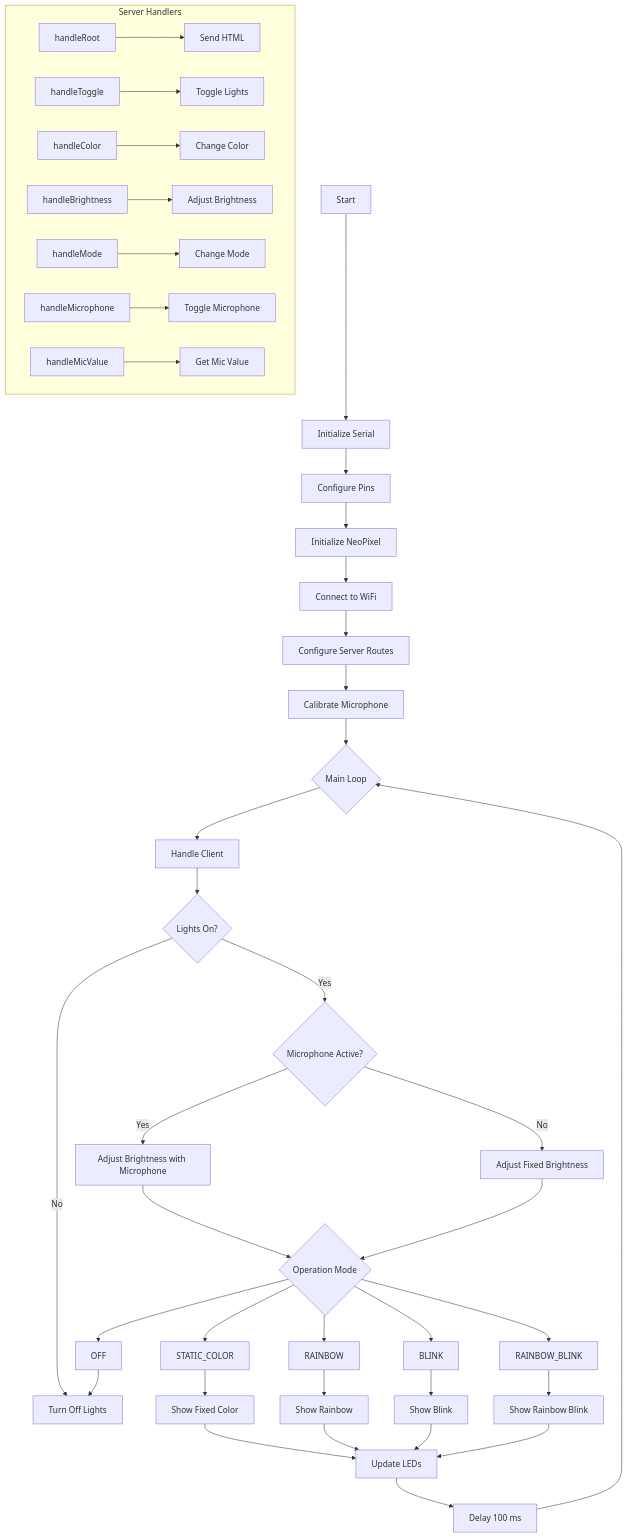
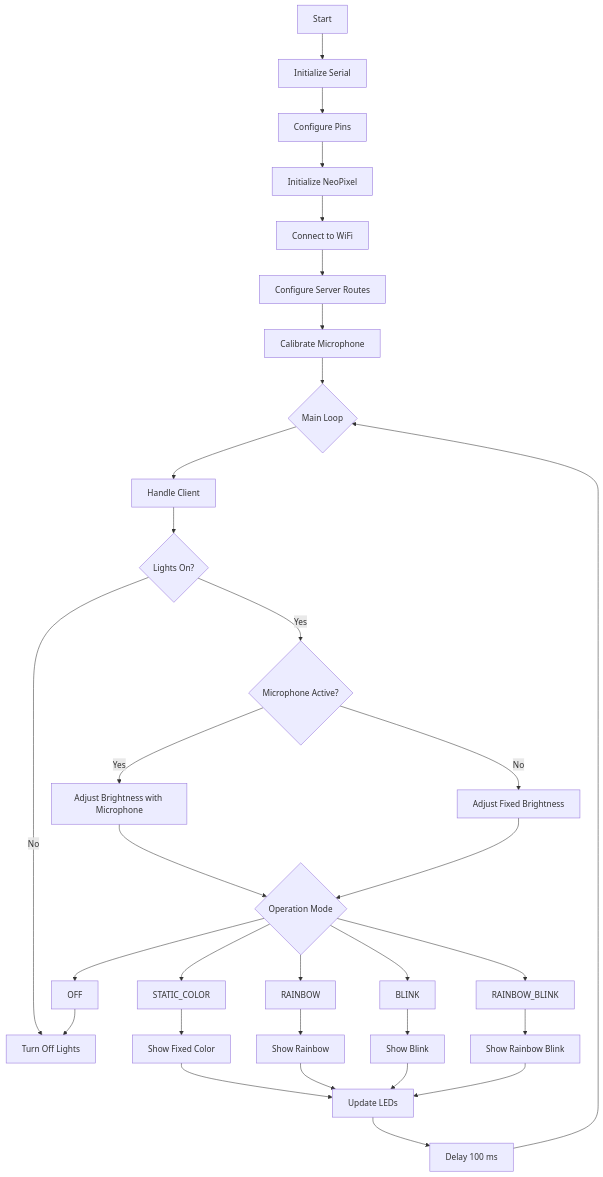
Before and after one commit to pabloperezpi/PROYECTO-ESP32: the first of 2 diagrams in README.md, drawn with Mermaid.

`````diff
--- a/README.md
+++ b/README.md
@@ -371,51 +371,39 @@
 ``` mermaid
 graph TD
     A[Start] --> B[Initialize Serial]
     B --> C[Configure Pins]
     C --> D[Initialize NeoPixel]
     D --> E[Connect to WiFi]
     E --> F[Configure Server Routes]
     F --> G[Calibrate Microphone]
     G --> H{Main Loop}
     
     H --> I[Handle Client]
     I --> J{Lights On?}
     J -->|Yes| K{Microphone Active?}
     K -->|Yes| L[Adjust Brightness with Microphone]
     K -->|No| M[Adjust Fixed Brightness]
     J -->|No| N[Turn Off Lights]
     
     L --> O{Operation Mode}
     M --> O
     
     O --> P[STATIC_COLOR]
     O --> Q[RAINBOW]
     O --> R[BLINK]
     O --> S[RAINBOW_BLINK]
     O --> T[OFF]
 
     P --> U[Show Fixed Color]
     Q --> V[Show Rainbow]
     R --> W[Show Blink]
     S --> X[Show Rainbow Blink]
     T --> N
     
     U --> Y[Update LEDs]
     V --> Y
     W --> Y
     X --> Y
     Y --> Z[Delay 100 ms]
     Z --> H
-    
-    subgraph Server Handlers
-        A1[handleRoot] --> A2[Send HTML]
-        B1[handleToggle] --> B2[Toggle Lights]
-        C1[handleColor] --> C2[Change Color]
-        D1[handleBrightness] --> D2[Adjust Brightness]
-        E1[handleMode] --> E2[Change Mode]
-        F1[handleMicrophone] --> F2[Toggle Microphone]
-        G1[handleMicValue] --> G2[Get Mic Value]
-    end
-
-
-```
+   ````
`````
